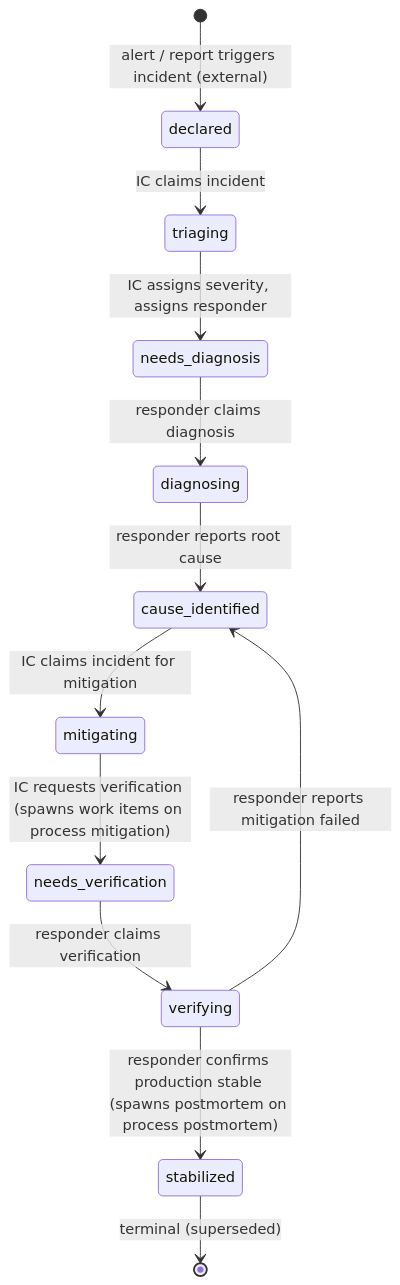
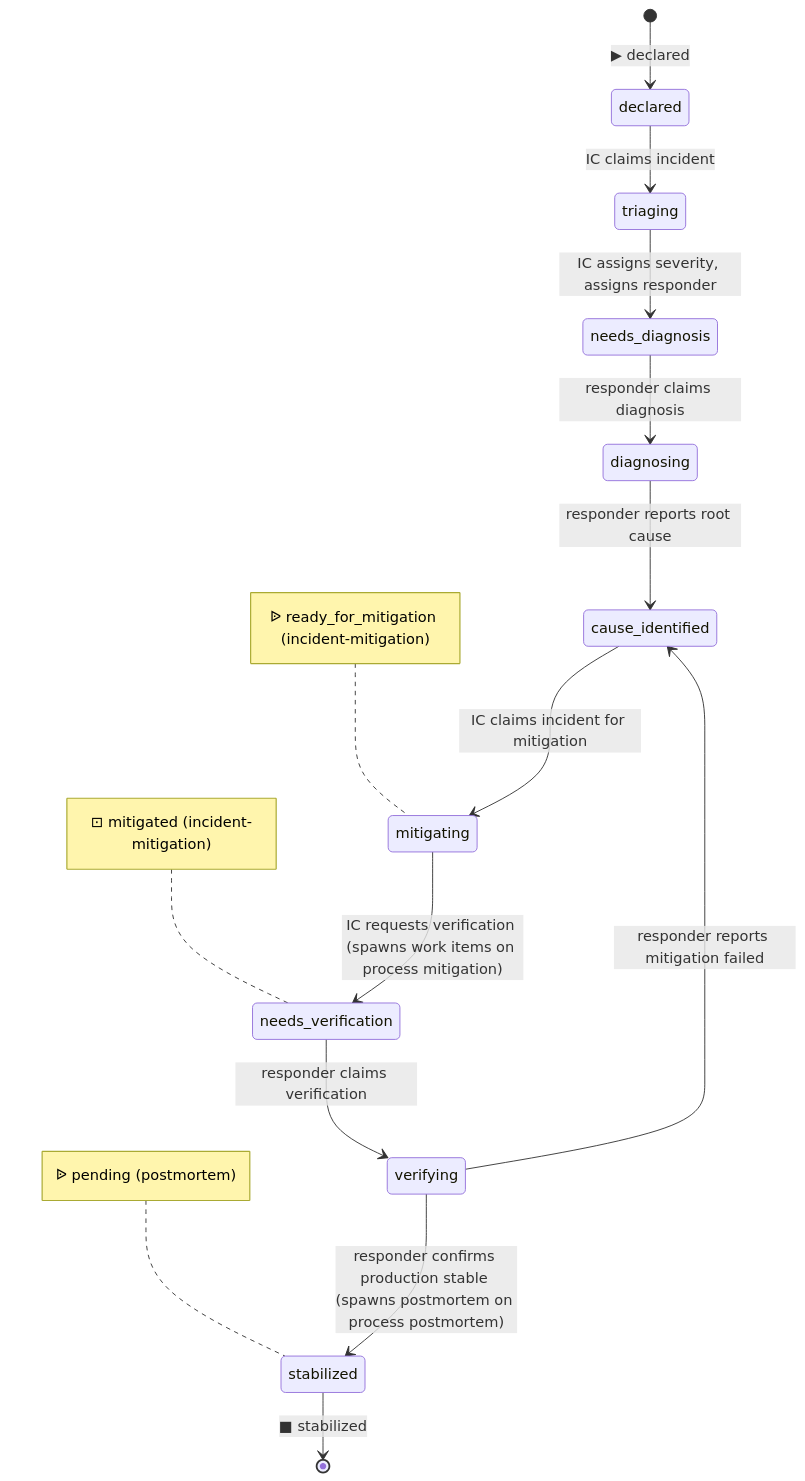
The diagram in examples/workflows/incident-response-states.mermaid (blemees/blemees-workflow), drawn with Mermaid before and after one commit. The commit also changed 28 other files, not shown here.

```diff
--- a/examples/workflows/incident-response-states.mermaid
+++ b/examples/workflows/incident-response-states.mermaid
@@ -1,18 +1,28 @@
 stateDiagram-v2
     direction TB
     %% Cross-process interfaces:
     %%   Spawn:   mitigating → process mitigation (issue_type=incident-mitigation, initial=ready_for_mitigation)
     %%   Spawn:   stabilized → process postmortem (issue_type=postmortem, initial=pending)
     %%
 
-    [*] --> declared: alert / report triggers incident (external)
+    [*] --> declared: ▶ declared
     declared --> triaging: IC claims incident
     triaging --> needs_diagnosis: IC assigns severity, assigns responder
     needs_diagnosis --> diagnosing: responder claims diagnosis
     diagnosing --> cause_identified: responder reports root cause
     cause_identified --> mitigating: IC claims incident for mitigation
     mitigating --> needs_verification: IC requests verification (spawns work items on process mitigation)
     needs_verification --> verifying: responder claims verification
     verifying --> cause_identified: responder reports mitigation failed
     verifying --> stabilized: responder confirms production stable (spawns postmortem on process postmortem)
-    stabilized --> [*]: terminal (superseded)
+    stabilized --> [*]: ■ stabilized
+
+    note left of mitigating
+        ᐉ ready_for_mitigation (incident-mitigation)
+    end note
+    note left of needs_verification
+        ⊡ mitigated (incident-mitigation)
+    end note
+    note left of stabilized
+        ᐉ pending (postmortem)
+    end note
```
